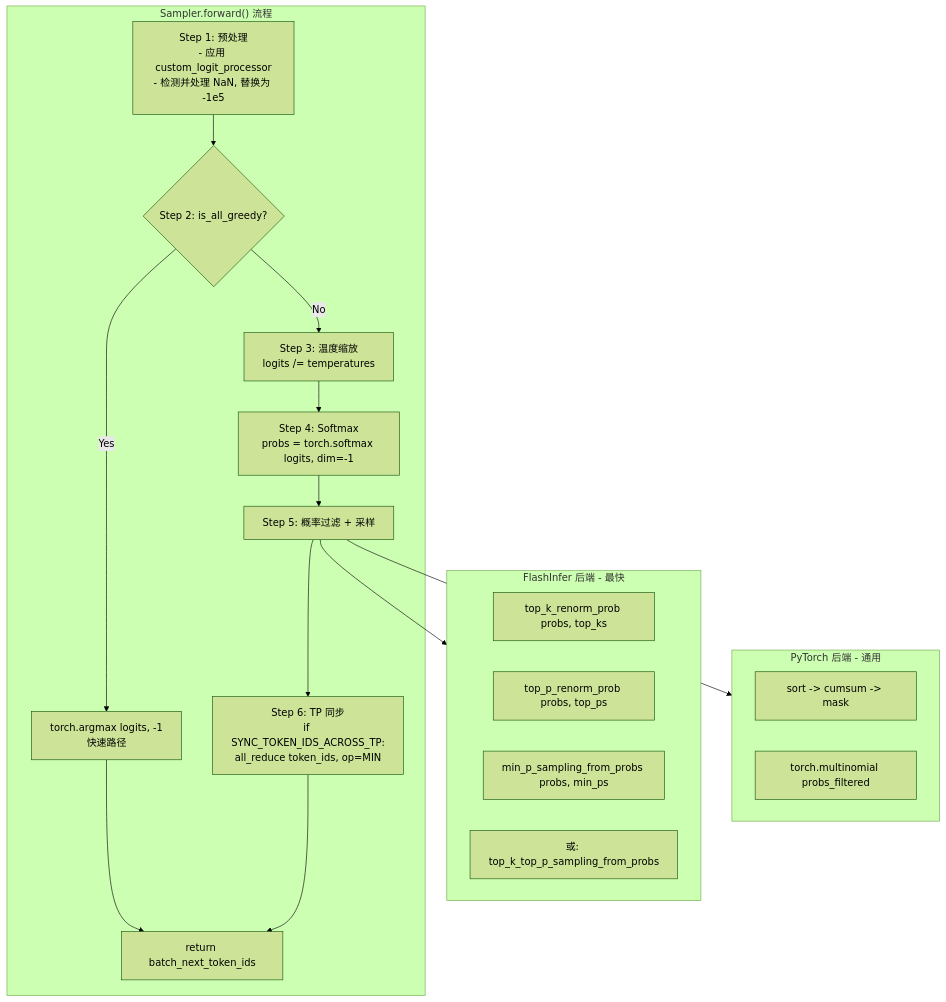
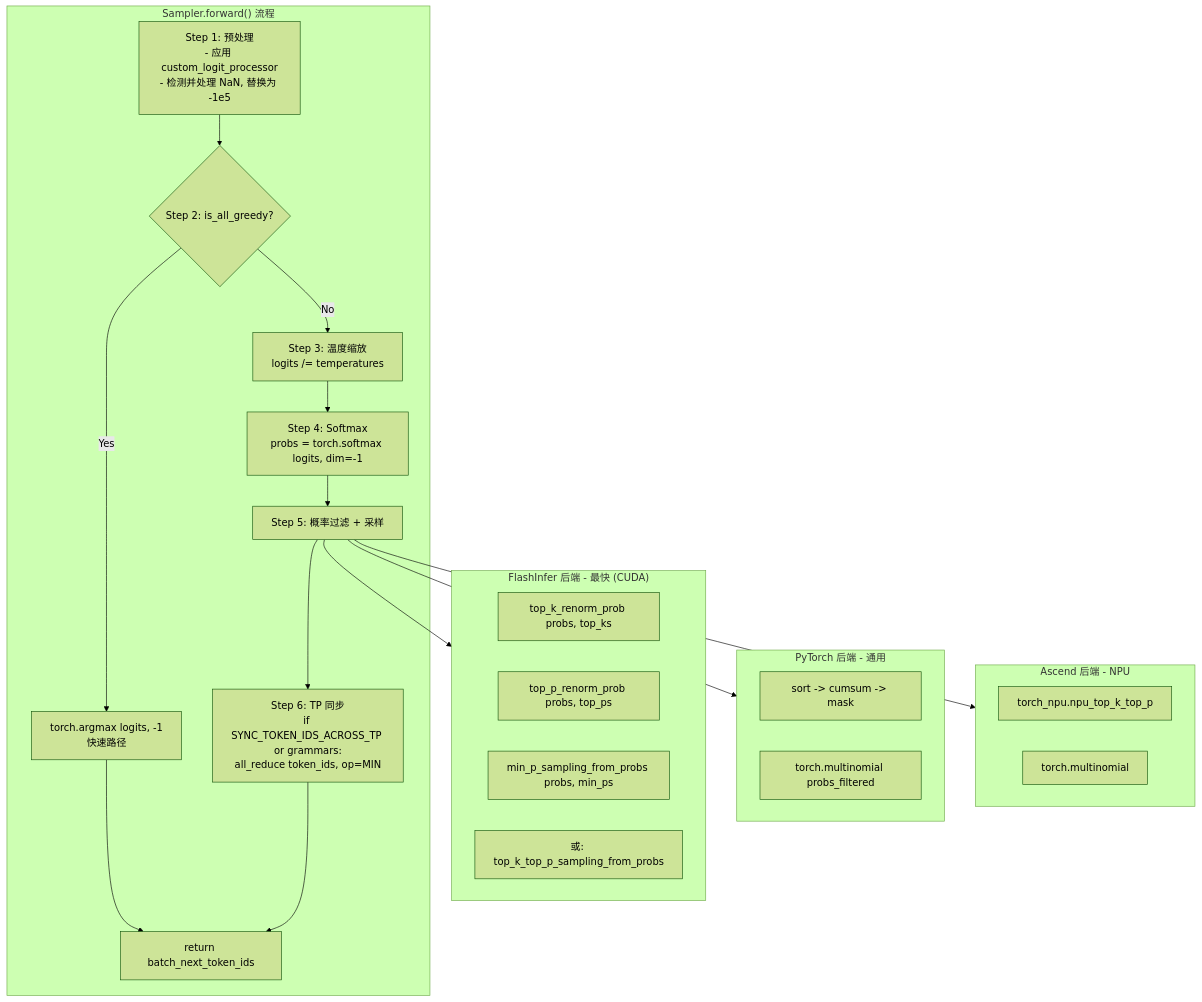
The third of 4 diagrams in SGLang/19_sampling_and_generation.md (wesleyck/AIInfraNotes), drawn with Mermaid (forest theme) before and after one commit. The commit also changed other lines of this file and 16 other files, not shown here.

````diff
--- a/SGLang/19_sampling_and_generation.md
+++ b/SGLang/19_sampling_and_generation.md
@@ -297,29 +335,35 @@
 ```mermaid
 flowchart TD
     subgraph SamplerForward["Sampler.forward() 流程"]
         S1["Step 1: 预处理<br/>- 应用 custom_logit_processor<br/>- 检测并处理 NaN, 替换为 -1e5"]
         S1 --> S2{"Step 2: is_all_greedy?"}
         S2 -->|Yes| S2Y["torch.argmax logits, -1<br/>快速路径"]
         S2 -->|No| S3["Step 3: 温度缩放<br/>logits /= temperatures"]
         S3 --> S4["Step 4: Softmax<br/>probs = torch.softmax logits, dim=-1"]
         S4 --> S5["Step 5: 概率过滤 + 采样"]
-        S5 --> S6["Step 6: TP 同步<br/>if SYNC_TOKEN_IDS_ACROSS_TP:<br/>all_reduce token_ids, op=MIN"]
+        S5 --> S6["Step 6: TP 同步<br/>if SYNC_TOKEN_IDS_ACROSS_TP or grammars:<br/>all_reduce token_ids, op=MIN"]
         S2Y --> Result["return batch_next_token_ids"]
         S6 --> Result
     end
 
-    subgraph FlashInfer["FlashInfer 后端 - 最快"]
+    subgraph FlashInfer["FlashInfer 后端 - 最快 (CUDA)"]
         F1["top_k_renorm_prob probs, top_ks"]
         F2["top_p_renorm_prob probs, top_ps"]
         F3["min_p_sampling_from_probs probs, min_ps"]
         F4["或: top_k_top_p_sampling_from_probs"]
     end
 
     subgraph PyTorch["PyTorch 后端 - 通用"]
         P1["sort -> cumsum -> mask"]
         P2["torch.multinomial probs_filtered"]
     end
 
+    subgraph Ascend["Ascend 后端 - NPU"]
+        A1["torch_npu.npu_top_k_top_p"]
+        A2["torch.multinomial"]
+    end
+
     S5 --> FlashInfer
     S5 --> PyTorch
+    S5 --> Ascend
 ```
````
